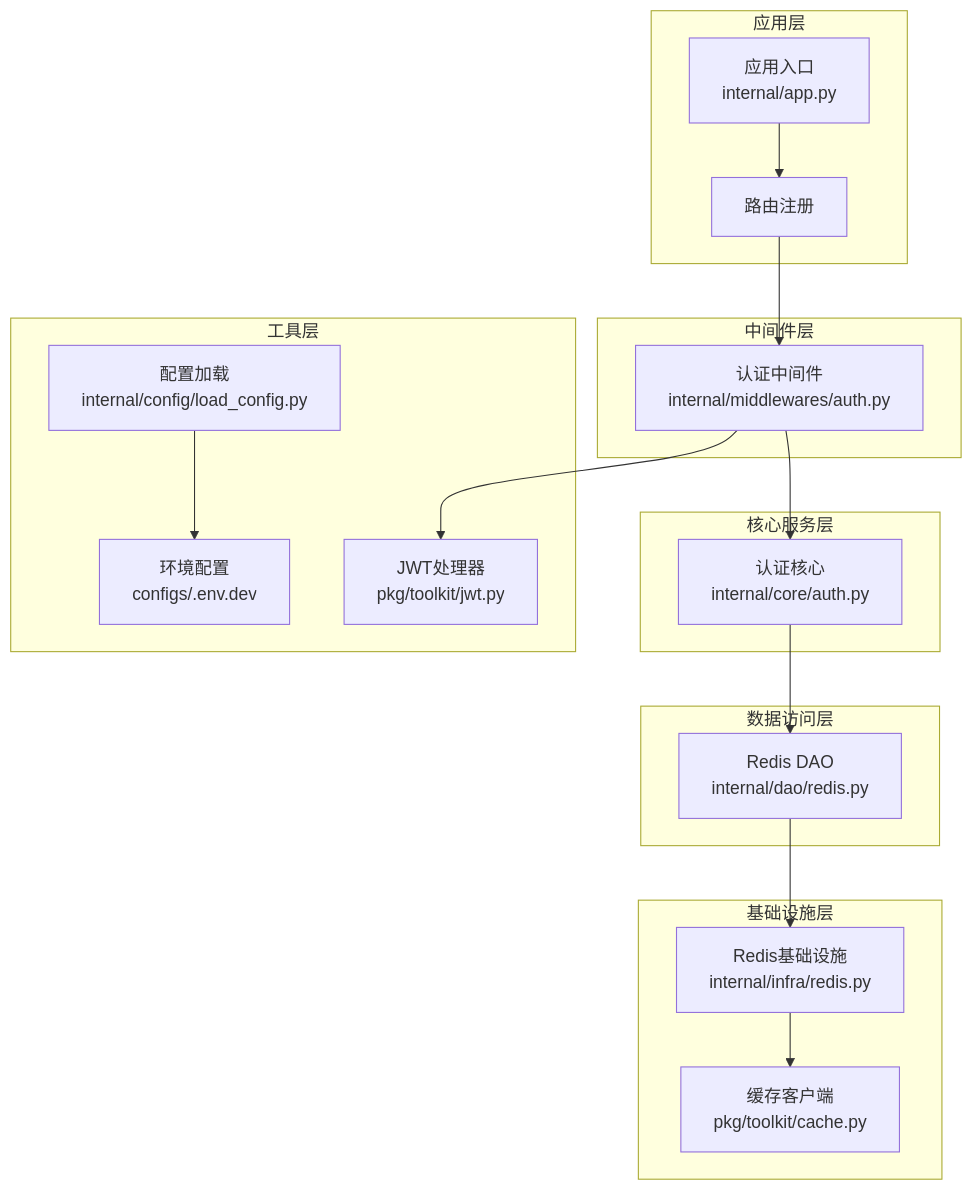
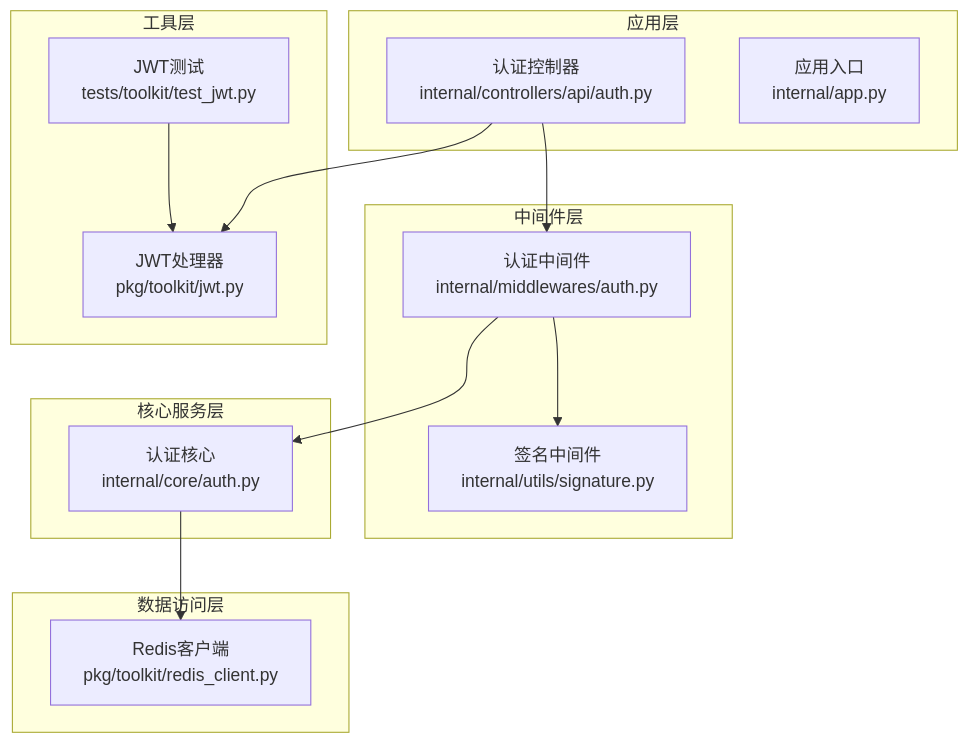
One commit to lilinzezzzzzz/fastapi-backend changed the first of 7 diagrams in .qoder/repowiki/zh/content/安全认证机制/JWT Token认证.md. Above: the diagram before and after it, drawn with Mermaid. The commit also changed other lines of this file and 42 other files, not shown here.

````diff
--- a/.qoder/repowiki/zh/content/安全认证机制/JWT Token认证.md
+++ b/.qoder/repowiki/zh/content/安全认证机制/JWT Token认证.md
@@ -44,33 +47,27 @@
 ```mermaid
 graph TB
 subgraph "应用层"
-APP["应用入口<br/>internal/app.py"]
-ROUTER["路由注册"]
+AUTH_CONTROLLER["认证控制器<br/>internal/controllers/api/auth.py"]
+APP_ENTRY["应用入口<br/>internal/app.py"]
 end
 subgraph "中间件层"
 AUTH_MIDDLEWARE["认证中间件<br/>internal/middlewares/auth.py"]
+SIGNATURE_MIDDLEWARE["签名中间件<br/>internal/utils/signature.py"]
 end
 subgraph "核心服务层"
 CORE_AUTH["认证核心<br/>internal/core/auth.py"]
 end
 subgraph "数据访问层"
-DAO_REDIS["Redis DAO<br/>internal/dao/redis.py"]
-end
-subgraph "基础设施层"
-INFRA_REDIS["Redis基础设施<br/>internal/infra/redis.py"]
-CACHE_CLIENT["缓存客户端<br/>pkg/toolkit/cache.py"]
+REDIS_CLIENT["Redis客户端<br/>pkg/toolkit/redis_client.py"]
 end
 subgraph "工具层"
 JWT_HANDLER["JWT处理器<br/>pkg/toolkit/jwt.py"]
-CONFIG["配置加载<br/>internal/config/load_config.py"]
-ENV["环境配置<br/>configs/.env.dev"]
+TEST_JWT["JWT测试<br/>tests/toolkit/test_jwt.py"]
 end
-APP --> ROUTER
-ROUTER --> AUTH_MIDDLEWARE
+AUTH_CONTROLLER --> AUTH_MIDDLEWARE
 AUTH_MIDDLEWARE --> CORE_AUTH
-CORE_AUTH --> DAO_REDIS
-DAO_REDIS --> INFRA_REDIS
-INFRA_REDIS --> CACHE_CLIENT
-CONFIG --> ENV
-AUTH_MIDDLEWARE --> JWT_HANDLER
+CORE_AUTH --> REDIS_CLIENT
+AUTH_MIDDLEWARE --> SIGNATURE_MIDDLEWARE
+AUTH_CONTROLLER --> JWT_HANDLER
+TEST_JWT --> JWT_HANDLER
 ```
````
